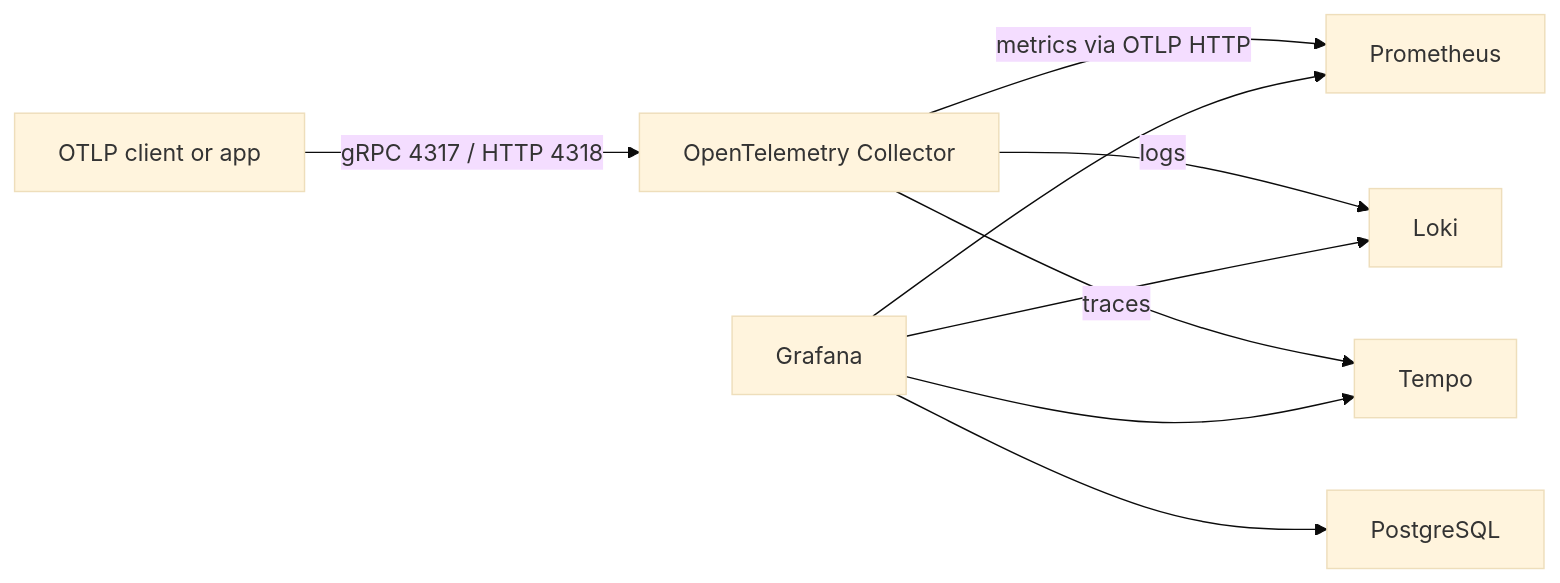
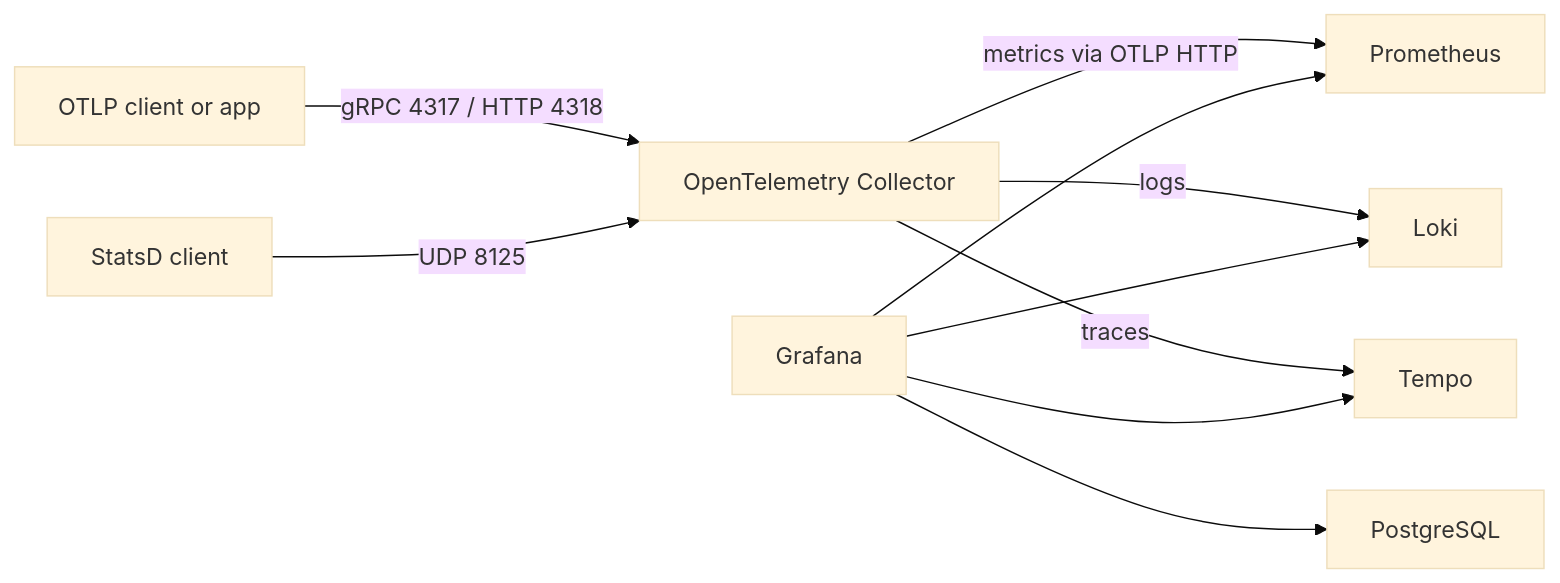
One commit to jeronimonunes/grafana-otel-docker-stack changed the diagram in README.md. Above: the diagram before and after it, drawn with Mermaid (base theme). The commit also changed other lines of this file and 2 other files, not shown here.

````diff
--- a/README.md
+++ b/README.md
@@ -20,11 +20,12 @@
 ```mermaid
 flowchart LR
   Client[OTLP client or app] -->|gRPC 4317 / HTTP 4318| OTel[OpenTelemetry Collector]
+  StatsD[StatsD client] -->|UDP 8125| OTel
   OTel -->|metrics via OTLP HTTP| Prometheus
   OTel -->|logs| Loki
   OTel -->|traces| Tempo
   Grafana --> Prometheus
   Grafana --> Loki
   Grafana --> Tempo
   Grafana --> PostgreSQL
 ```
````
